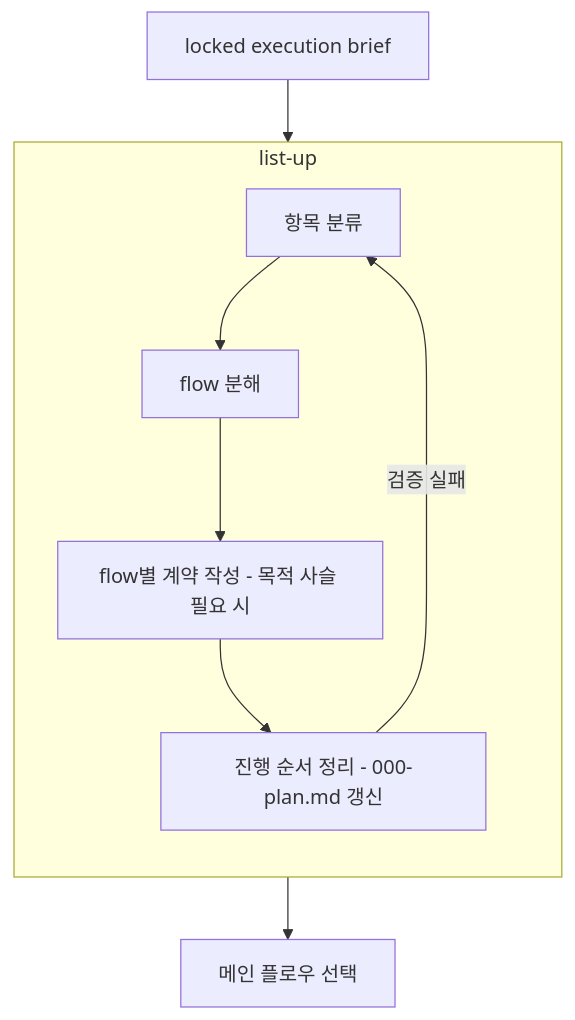
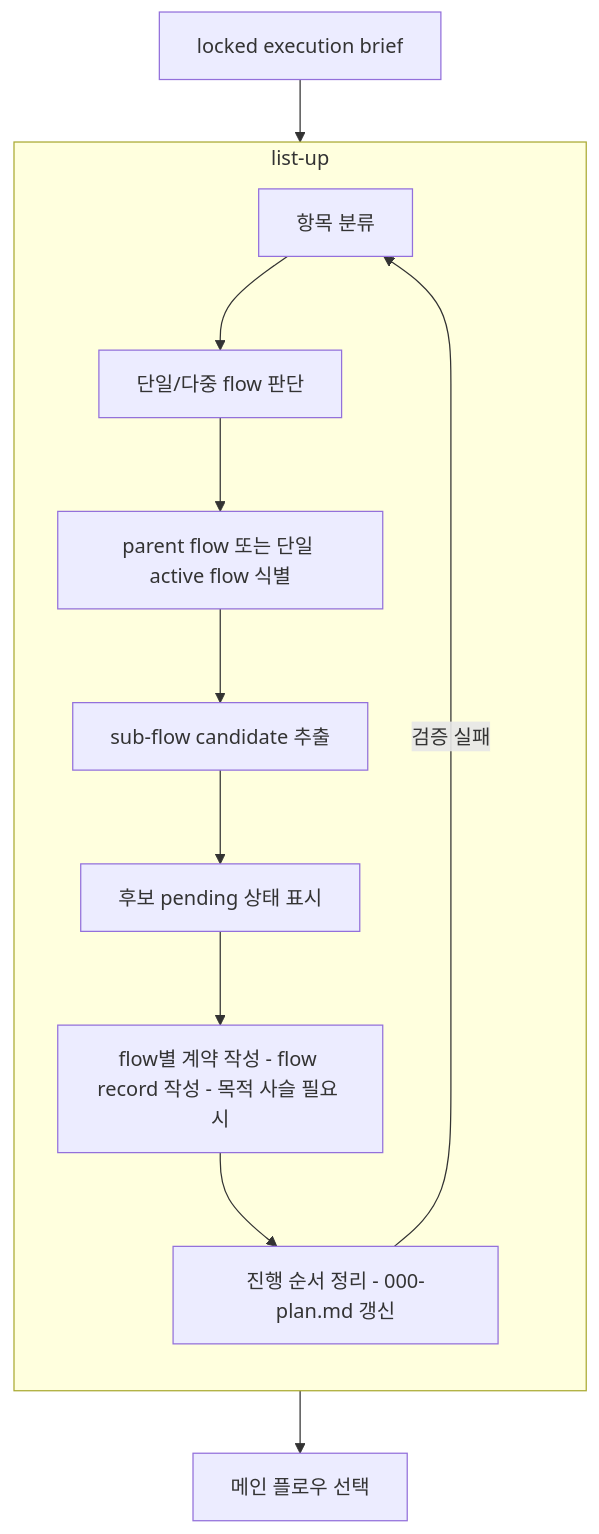
One commit to opnay/agent-plugins changed the third of 3 diagrams in src/loop-kit-dev/specs/skills/flow/intent.md. Above: the diagram before and after it, drawn with Mermaid. The commit also changed other lines of this file and 6 other files, not shown here.

First line of the commit message:
docs: refine flow design decomposition

````diff
--- a/src/loop-kit-dev/specs/skills/flow/intent.md
+++ b/src/loop-kit-dev/specs/skills/flow/intent.md
@@ -50,14 +50,17 @@
 ```mermaid
 graph TD
   BRIEF[locked execution brief] --> LIST_UP
 
   subgraph LIST_UP[list-up]
     direction TB
-    CLASSIFY[항목 분류] --> DECOMPOSE[flow 분해]
-    DECOMPOSE --> CONTRACT[flow별 계약 작성 - 목적 사슬 필요 시]
+    CLASSIFY[항목 분류] --> UNIT[단일/다중 flow 판단]
+    UNIT --> PARENT[parent flow 또는 단일 active flow 식별]
+    PARENT --> CANDIDATES[sub-flow candidate 추출]
+    CANDIDATES --> PENDING[후보 pending 상태 표시]
+    PENDING --> CONTRACT[flow별 계약 작성 - flow record 작성 - 목적 사슬 필요 시]
     CONTRACT --> ORDER[진행 순서 정리 - 000-plan.md 갱신]
     ORDER -->|검증 실패| CLASSIFY
   end
 
   LIST_UP --> MAIN[메인 플로우 선택]
 ```
````
